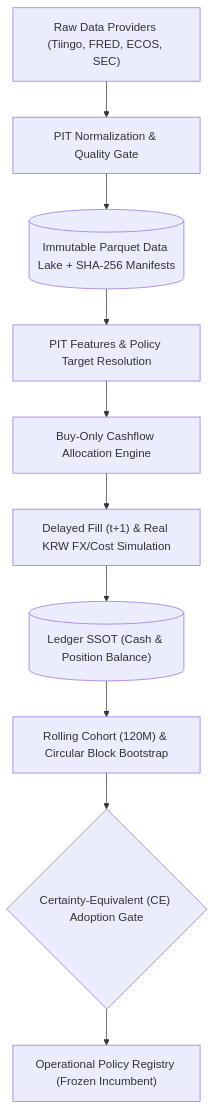
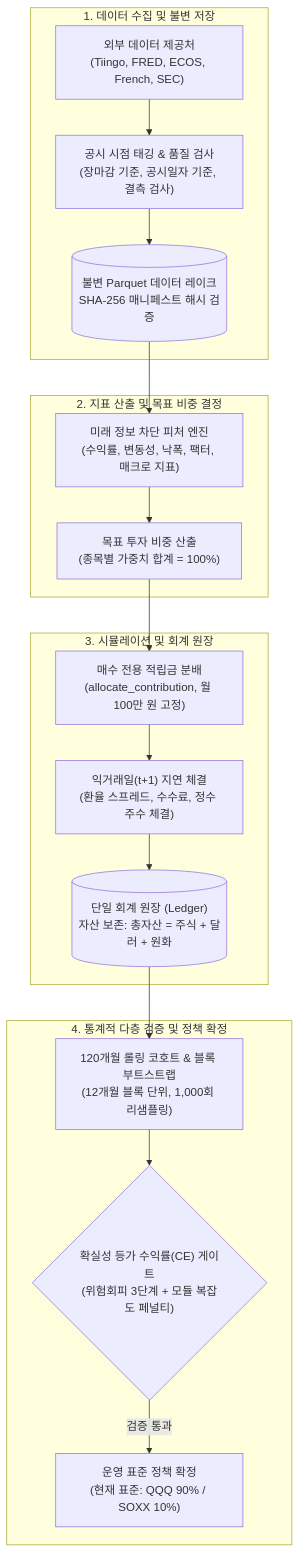
Before and after one commit to KTHYEONG/ETF-Manager: the diagram in README.md, drawn with Mermaid. The commit also changed other lines of this file and 10 other files, not shown here.

````diff
--- a/README.md
+++ b/README.md
@@ -24,12 +43,24 @@
 ```mermaid
 flowchart TD
-    A["Raw Data Providers (Tiingo, FRED, ECOS, SEC)"] --> B["PIT Normalization & Quality Gate"]
-    B --> C[("Immutable Parquet Data Lake + SHA-256 Manifests")]
-    C --> D["PIT Features & Policy Target Resolution"]
-    D --> E["Buy-Only Cashflow Allocation Engine"]
-    E --> F["Delayed Fill (t+1) & Real KRW FX/Cost Simulation"]
-    F --> G[("Ledger SSOT (Cash & Position Balance)")]
-    G --> H["Rolling Cohort (120M) & Circular Block Bootstrap"]
-    H --> I{"Certainty-Equivalent (CE) Adoption Gate"}
-    I --> J["Operational Policy Registry (Frozen Incumbent)"]
+    subgraph S1["1. 데이터 수집 및 불변 저장"]
+        A["외부 데이터 제공처<br/>(Tiingo, FRED, ECOS, French, SEC)"] --> B["공시 시점 태깅 & 품질 검사<br/>(장마감 기준, 공시일자 기준, 결측 검사)"]
+        B --> C[("불변 Parquet 데이터 레이크<br/>SHA-256 매니페스트 해시 검증")]
+    end
+
+    subgraph S2["2. 지표 산출 및 목표 비중 결정"]
+        C --> D["미래 정보 차단 피처 엔진<br/>(수익률, 변동성, 낙폭, 팩터, 매크로 지표)"]
+        D --> E["목표 투자 비중 산출<br/>(종목별 가중치 합계 = 100%)"]
+    end
+
+    subgraph S3["3. 시뮬레이션 및 회계 원장"]
+        E --> F["매수 전용 적립금 분배<br/>(allocate_contribution, 월 100만 원 고정)"]
+        F --> G["익거래일(t+1) 지연 체결<br/>(환율 스프레드, 수수료, 정수 주수 체결)"]
+        G --> H[("단일 회계 원장 (Ledger)<br/>자산 보존: 총자산 = 주식 + 달러 + 원화")]
+    end
+
+    subgraph S4["4. 통계적 다층 검증 및 정책 확정"]
+        H --> I["120개월 롤링 코호트 & 블록 부트스트랩<br/>(12개월 블록 단위, 1,000회 리샘플링)"]
+        I --> J{"확실성 등가 수익률(CE) 게이트<br/>(위험회피 3단계 + 모듈 복잡도 페널티)"}
+        J -->|검증 통과| K["운영 표준 정책 확정<br/>(현재 표준: QQQ 90% / SOXX 10%)"]
+    end
 ```
````
